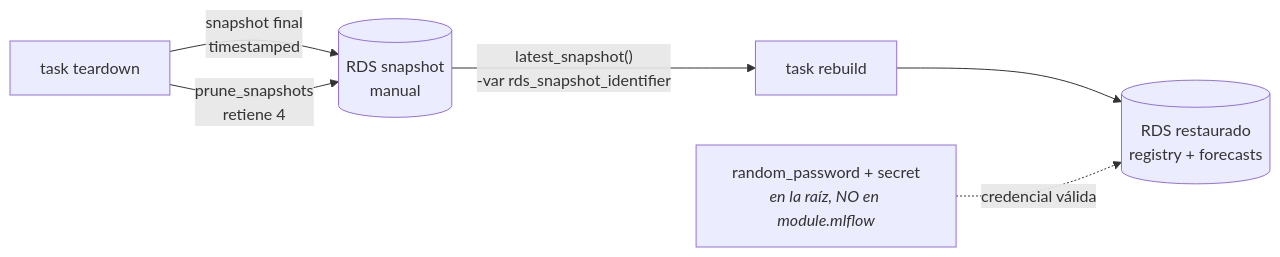
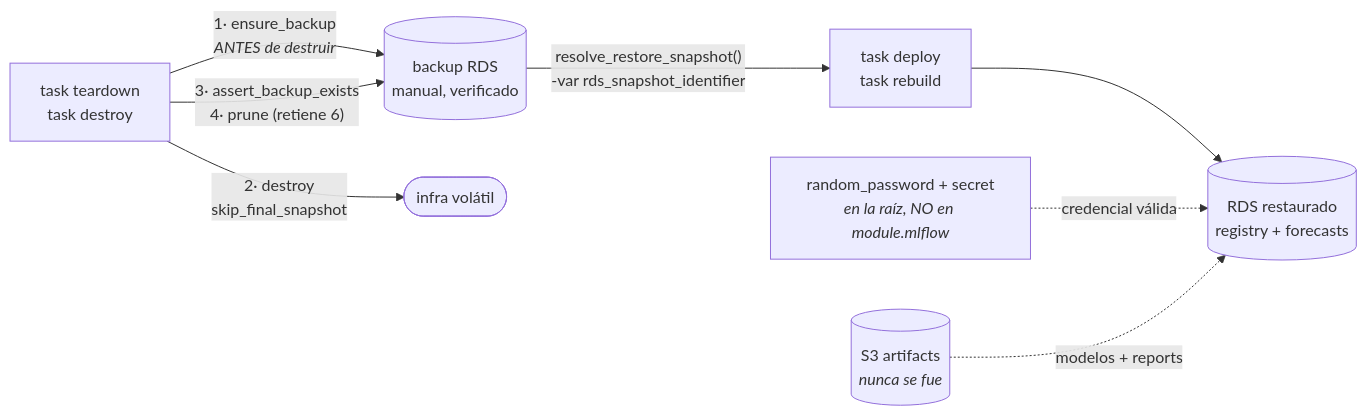
The tenth of 10 diagrams in docs/03-arquitectura.md (abantodca/ml_random_forest), drawn with Mermaid before and after one commit. The commit also changed other lines of this file and 6 other files, not shown here.

First line of the commit message:
feat(ops): respaldar el RDS ANTES del destroy y restaurar tambien en deploy

````diff
--- a/docs/03-arquitectura.md
+++ b/docs/03-arquitectura.md
@@ -272,8 +273,10 @@
 ```mermaid
 graph LR
-    td["task teardown"] -->|"snapshot final<br/>timestamped"| snap[("RDS snapshot<br/>manual")]
-    td -->|"prune_snapshots<br/>retiene 4"| snap
-    snap -->|"latest_snapshot()<br/>-var rds_snapshot_identifier"| rb["task rebuild"]
+    td["task teardown<br/>task destroy"] -->|"1· ensure_backup<br/><i>ANTES de destruir</i>"| snap[("backup RDS<br/>manual, verificado")]
+    td -->|"2· destroy<br/>skip_final_snapshot"| x(["infra volátil"])
+    td -->|"3· assert_backup_exists<br/>4· prune (retiene 6)"| snap
+    snap -->|"resolve_restore_snapshot()<br/>-var rds_snapshot_identifier"| rb["task deploy<br/>task rebuild"]
     rb --> rds[("RDS restaurado<br/>registry + forecasts")]
     sec["random_password + secret<br/><i>en la raíz, NO en module.mlflow</i>"] -.credencial válida.-> rds
+    s3[("S3 artifacts<br/><i>nunca se fue</i>")] -.modelos + reports.-> rds
 ```
````
